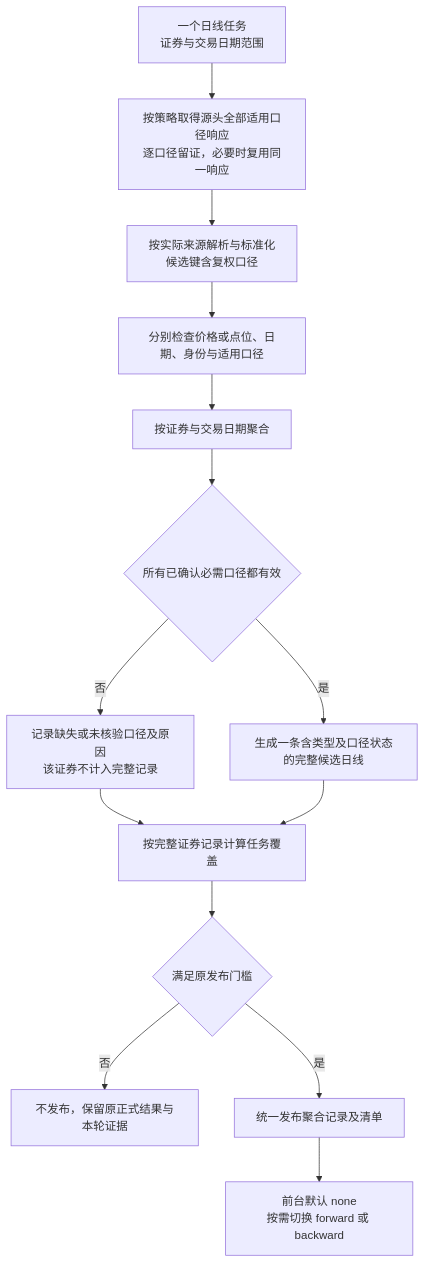
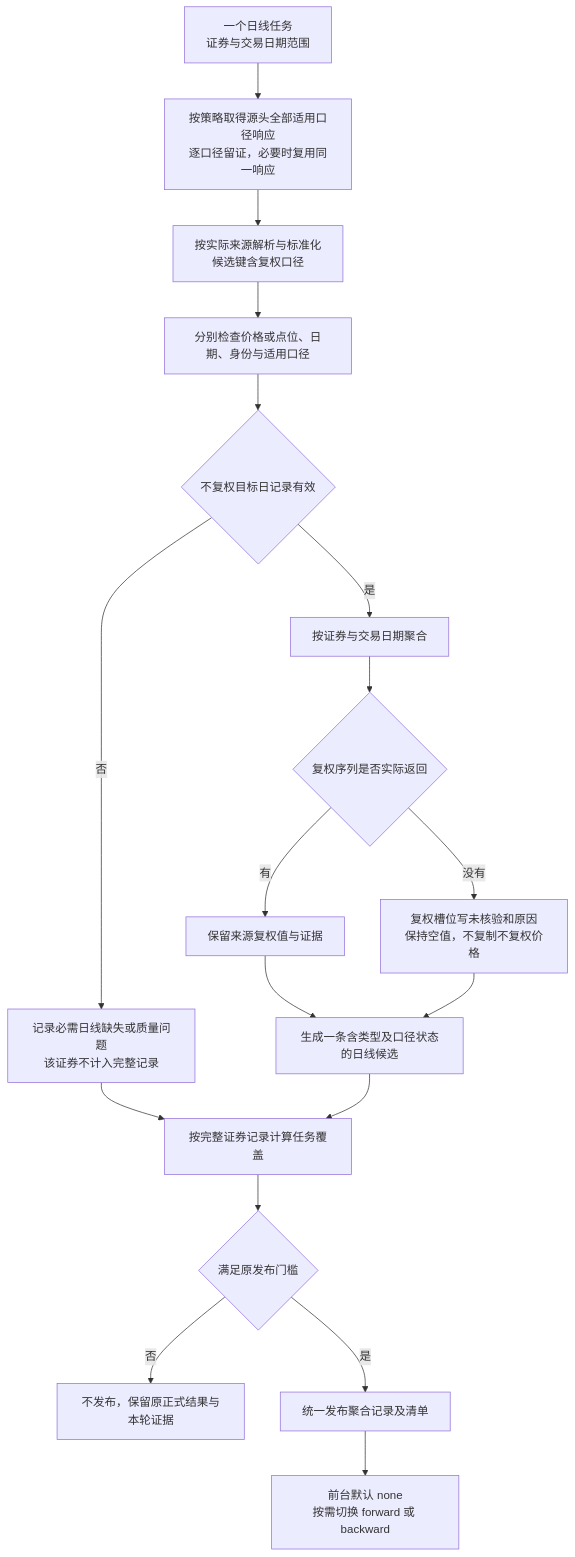
Before and after one commit to fewhg3yhjt/stock_data_manage: the second of 3 diagrams in stock-data-design-qfq-history-rebuild.md, drawn with Mermaid. The commit also changed other lines of this file and 10 other files, not shown here.

````diff
--- a/stock-data-design-qfq-history-rebuild.md
+++ b/stock-data-design-qfq-history-rebuild.md
@@ -151,16 +153,20 @@
 ```mermaid
 flowchart TD
     T[一个日线任务<br/>证券与交易日期范围] --> C[按策略取得源头全部适用口径响应<br/>逐口径留证，必要时复用同一响应]
     C --> P[按实际来源解析与标准化<br/>候选键含复权口径]
     P --> Q[分别检查价格或点位、日期、身份与适用口径]
-    Q --> J[按证券与交易日期聚合]
-    J --> G{所有已确认必需口径都有效}
-    G -->|否| I[记录缺失或未核验口径及原因<br/>该证券不计入完整记录]
-    G -->|是| R[生成一条含类型及口径状态的完整候选日线]
+    Q --> G{不复权目标日记录有效}
+    G -->|否| I[记录必需日线缺失或质量问题<br/>该证券不计入完整记录]
+    G -->|是| J[按证券与交易日期聚合]
+    J --> O{复权序列是否实际返回}
+    O -->|有| R[保留来源复权值与证据]
+    O -->|没有| U[复权槽位写未核验和原因<br/>保持空值，不复制不复权价格]
+    R --> CAND[生成一条含类型及口径状态的日线候选]
+    U --> CAND
     I --> COVER[按完整证券记录计算任务覆盖]
-    R --> COVER
+    CAND --> COVER
     COVER --> PUB{满足原发布门槛}
     PUB -->|否| FAIL[不发布，保留原正式结果与本轮证据]
     PUB -->|是| STORE[统一发布聚合记录及清单]
     STORE --> UI[前台默认 none<br/>按需切换 forward 或 backward]
 ```
````
